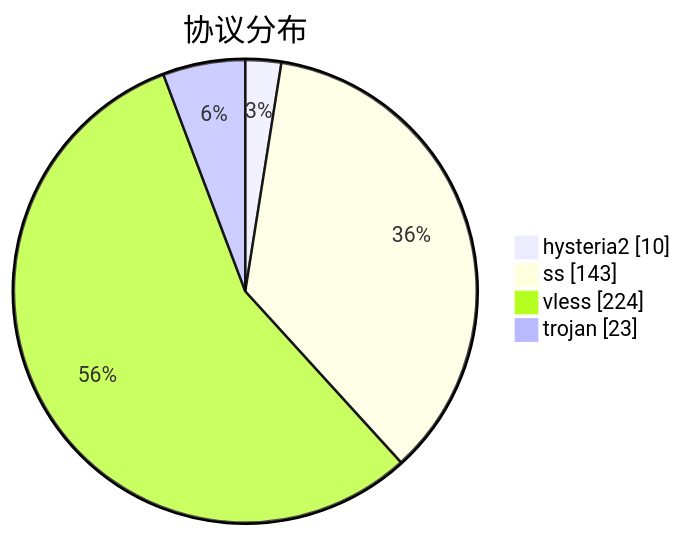
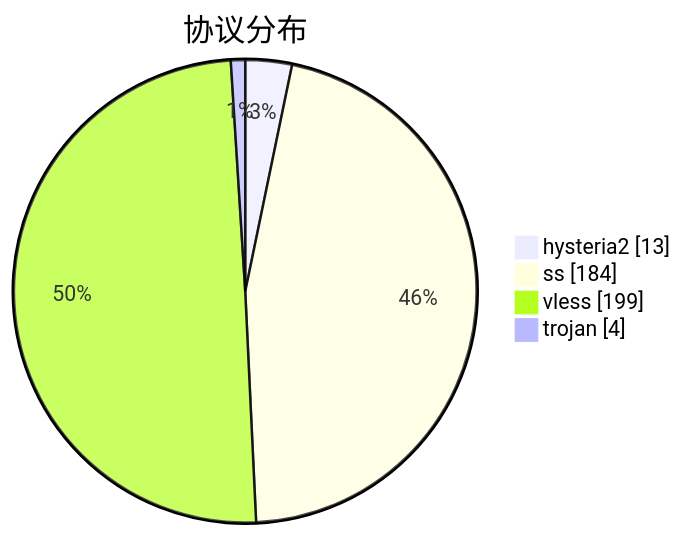
Before and after one commit to qjlxg/airport: the third of 3 diagrams in subs/statistics/tested_within.md, drawn with Mermaid. The commit also changed other lines of this file and 2 other files, not shown here.

````diff
--- a/subs/statistics/tested_within.md
+++ b/subs/statistics/tested_within.md
@@ -19,8 +19,8 @@
 ```mermaid
 pie showData
 title 协议分布
-"hysteria2" : 10
-"ss" : 143
-"vless" : 224
-"trojan" : 23
+"hysteria2" : 13
+"ss" : 184
+"vless" : 199
+"trojan" : 4
 ```
````
